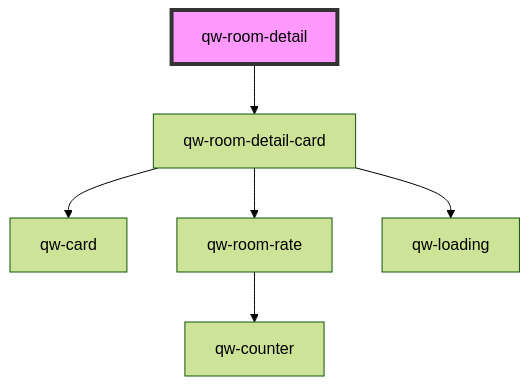
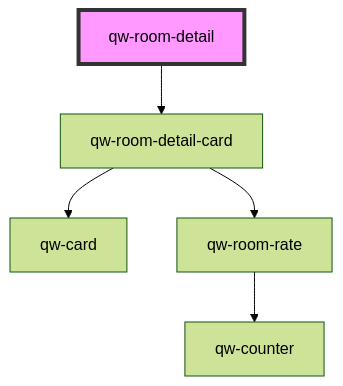
Before and after one commit to qwentes-team/qw-hotels: the diagram in src/components/qw-room-detail/readme.md, drawn with Mermaid (forest theme). The commit also changed 8 other files, not shown here.

````diff
--- a/src/components/qw-room-detail/readme.md
+++ b/src/components/qw-room-detail/readme.md
@@ -29,9 +29,8 @@
 ```mermaid
 graph TD;
   qw-room-detail --> qw-room-detail-card
   qw-room-detail-card --> qw-card
   qw-room-detail-card --> qw-room-rate
-  qw-room-detail-card --> qw-loading
   qw-room-rate --> qw-counter
   style qw-room-detail fill:#f9f,stroke:#333,stroke-width:4px
 ```
````
